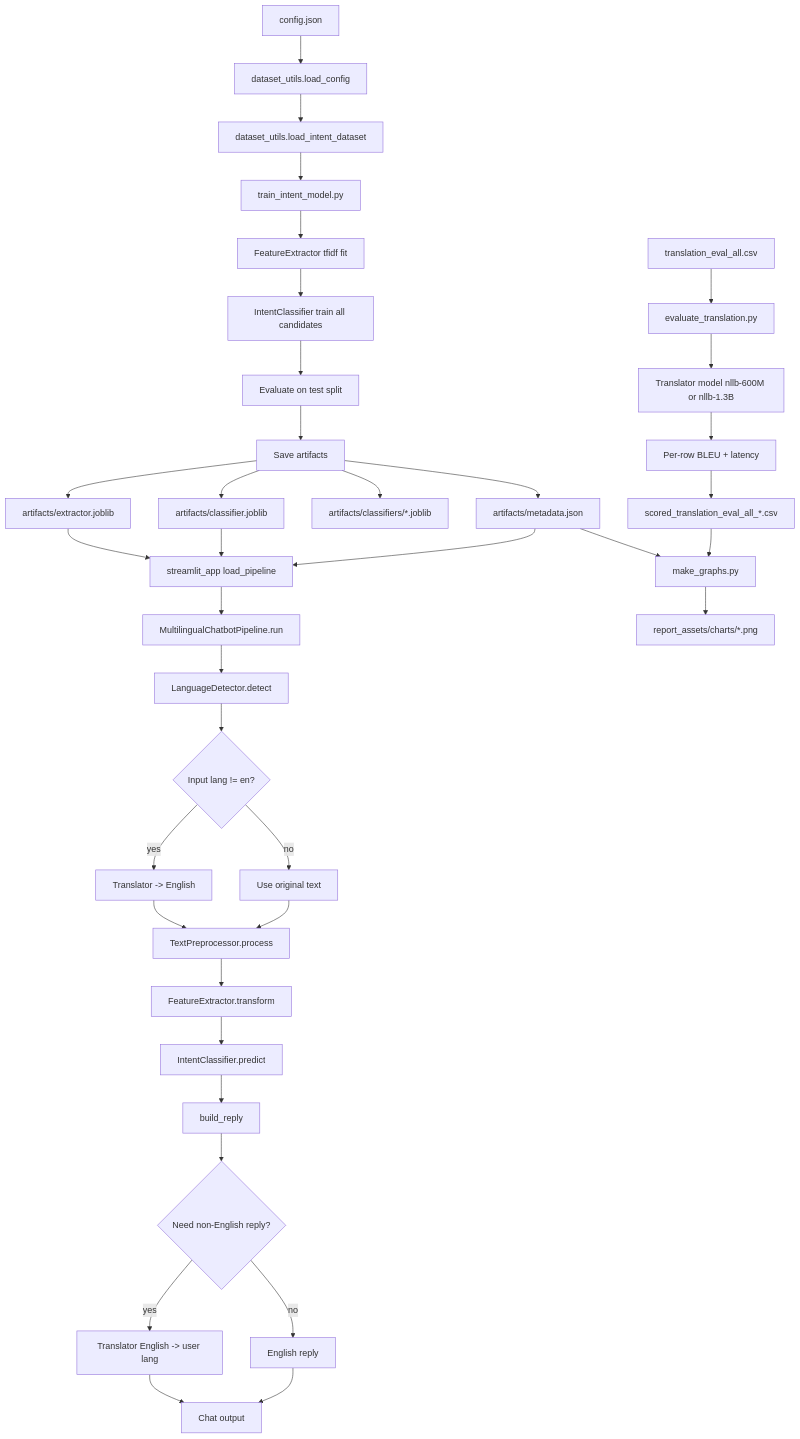
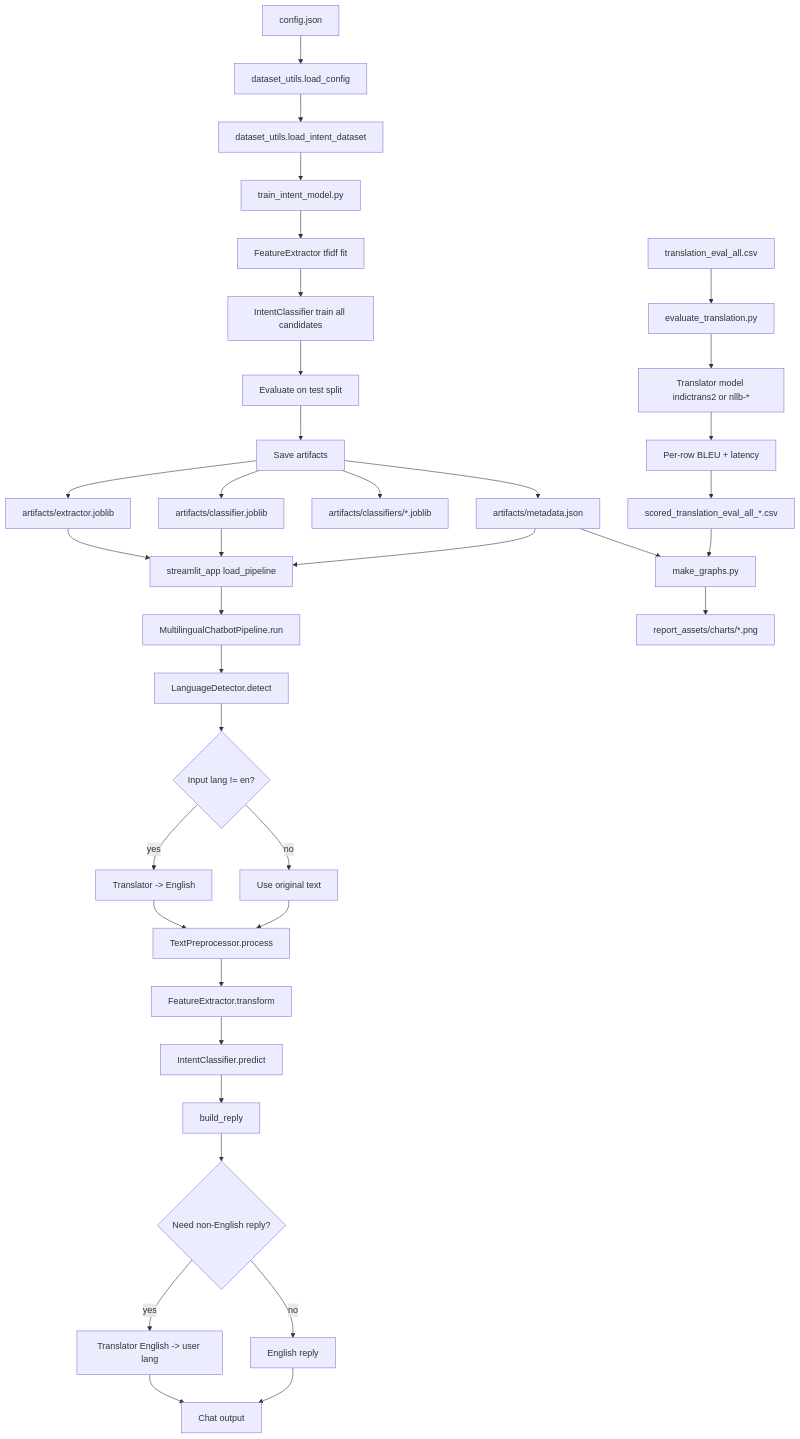
Before and after one commit to VaradRane12/Multilingual_Chatbot: the diagram in report_assets/PIPELINE_FULL_DETAILED.md, drawn with Mermaid. The commit also changed other lines of this file and 1 other file, not shown here.

````diff
--- a/report_assets/PIPELINE_FULL_DETAILED.md
+++ b/report_assets/PIPELINE_FULL_DETAILED.md
@@ -7,46 +7,46 @@
 ```mermaid
 flowchart TD
     A[config.json] --> B[dataset_utils.load_config]
     B --> C[dataset_utils.load_intent_dataset]
 
     C --> D[train_intent_model.py]
     D --> E[FeatureExtractor tfidf fit]
     E --> F[IntentClassifier train all candidates]
     F --> G[Evaluate on test split]
     G --> H[Save artifacts]
 
     H --> H1[artifacts/extractor.joblib]
     H --> H2[artifacts/classifier.joblib]
     H --> H3[artifacts/classifiers/*.joblib]
     H --> H4[artifacts/metadata.json]
 
     H1 --> I[streamlit_app load_pipeline]
     H2 --> I
     H4 --> I
 
     I --> J[MultilingualChatbotPipeline.run]
     J --> J1[LanguageDetector.detect]
     J1 --> J2{Input lang != en?}
     J2 -- yes --> J3[Translator -> English]
     J2 -- no --> J4[Use original text]
     J3 --> J5[TextPreprocessor.process]
     J4 --> J5
     J5 --> J6[FeatureExtractor.transform]
     J6 --> J7[IntentClassifier.predict]
     J7 --> J8[build_reply]
     J8 --> J9{Need non-English reply?}
     J9 -- yes --> J10[Translator English -> user lang]
     J9 -- no --> J11[English reply]
 
     J10 --> K[Chat output]
     J11 --> K
 
     L[translation_eval_all.csv] --> M[evaluate_translation.py]
-    M --> N[Translator model nllb-600M or nllb-1.3B]
+    M --> N[Translator model indictrans2 or nllb-*]
     N --> O[Per-row BLEU + latency]
     O --> P[scored_translation_eval_all_*.csv]
 
     P --> Q[make_graphs.py]
     H4 --> Q
     Q --> R[report_assets/charts/*.png]
 ```
````
